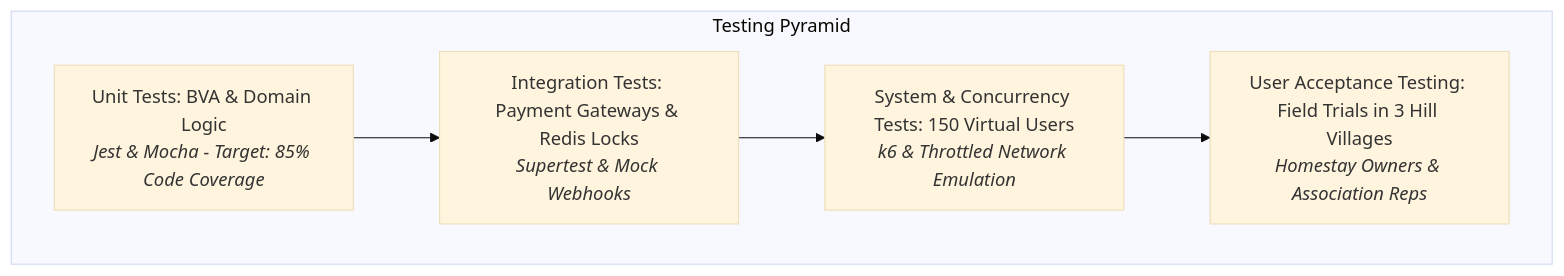
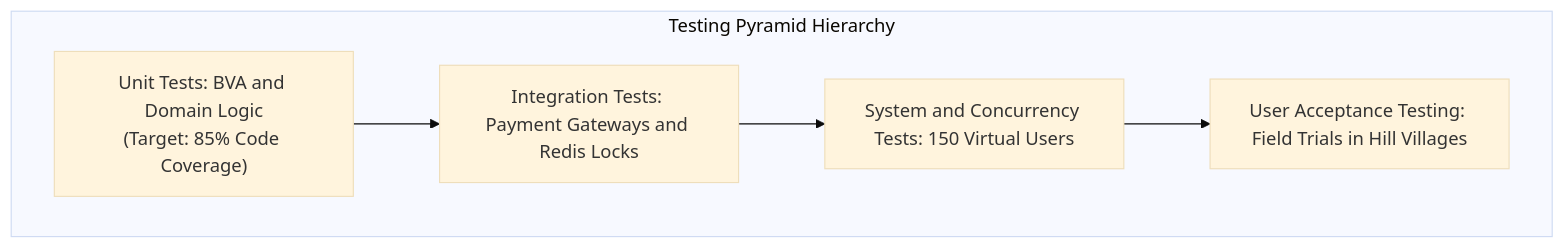
Before and after one commit to MSB-io/HomeStay: the first of 2 diagrams in docs/05_Test_Plan_and_Evidence.md, drawn with Mermaid (base theme). The commit also changed 4 other files, not shown here.

Commit message:
Fix(mermaid): resolve GitHub rendering error 'Cannot read properties of undefined (reading type)' in Gantt and network diagrams

````diff
--- a/docs/05_Test_Plan_and_Evidence.md
+++ b/docs/05_Test_Plan_and_Evidence.md
@@ -12,13 +12,13 @@
 ```mermaid
 graph TD
-    subgraph Testing Pyramid
-        Unit[Unit Tests: BVA & Domain Logic<br/><i>Jest & Mocha - Target: 85% Code Coverage</i>]
-        Integration[Integration Tests: Payment Gateways & Redis Locks<br/><i>Supertest & Mock Webhooks</i>]
-        System[System & Concurrency Tests: 150 Virtual Users<br/><i>k6 & Throttled Network Emulation</i>]
-        UAT[User Acceptance Testing: Field Trials in 3 Hill Villages<br/><i>Homestay Owners & Association Reps</i>]
+    subgraph TestingPyramid ["Testing Pyramid Hierarchy"]
+        Unit["Unit Tests: BVA and Domain Logic<br/>(Target: 85% Code Coverage)"]
+        Integration["Integration Tests: Payment Gateways and Redis Locks"]
+        System["System and Concurrency Tests: 150 Virtual Users"]
+        UAT["User Acceptance Testing: Field Trials in Hill Villages"]
     end
 
     Unit --> Integration
     Integration --> System
     System --> UAT
 ```
````
